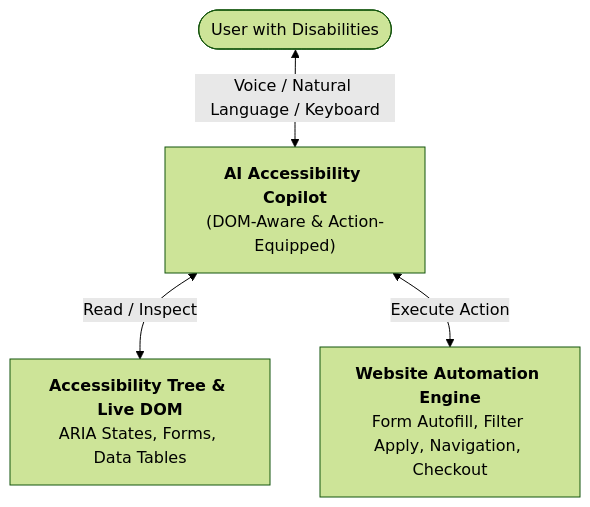
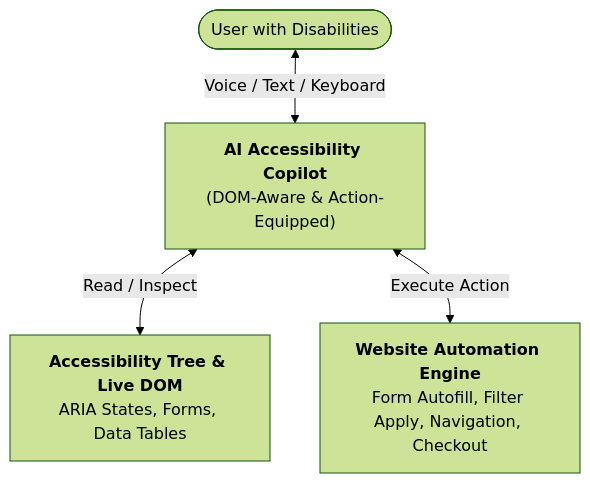
The third of 8 diagrams in cheatsheets/AI_Engineering_Cheatsheet.md (kumaratul60/System-Design), drawn with Mermaid (forest theme) before and after one commit. The commit also changed other lines of this file and 2 other files, not shown here.

Commit message:
fix: update mermaid diagrams for improved clarity and consistency

````diff
--- a/cheatsheets/AI_Engineering_Cheatsheet.md
+++ b/cheatsheets/AI_Engineering_Cheatsheet.md
@@ -216,6 +216,6 @@
 ```mermaid
 flowchart TD
-    User([User with Disabilities]) <-->|Voice / Natural Language / Keyboard| Bot["<b>AI Accessibility Copilot</b><br/>(DOM-Aware & Action-Equipped)"]
-    Bot <-->|Read / Inspect| DOM["<b>Accessibility Tree & Live DOM</b><br/>ARIA States, Forms, Data Tables"]
-    Bot <-->|Execute Action| Actions["<b>Website Automation Engine</b><br/>Form Autofill, Filter Apply, Navigation, Checkout"]
+    User(["User with Disabilities"]) <-->|"Voice / Text / Keyboard"| Bot["<b>AI Accessibility Copilot</b><br/>(DOM-Aware & Action-Equipped)"]
+    Bot <-->|"Read / Inspect"| DOM["<b>Accessibility Tree & Live DOM</b><br/>ARIA States, Forms, Data Tables"]
+    Bot <-->|"Execute Action"| Actions["<b>Website Automation Engine</b><br/>Form Autofill, Filter Apply, Navigation, Checkout"]
 ```
````
